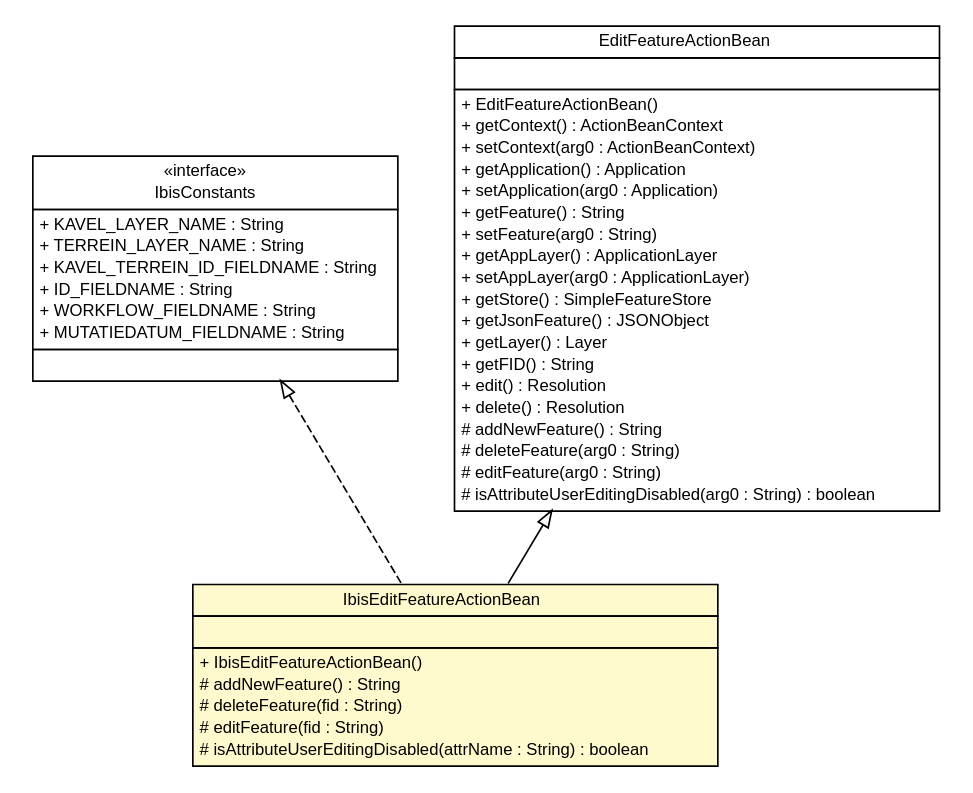
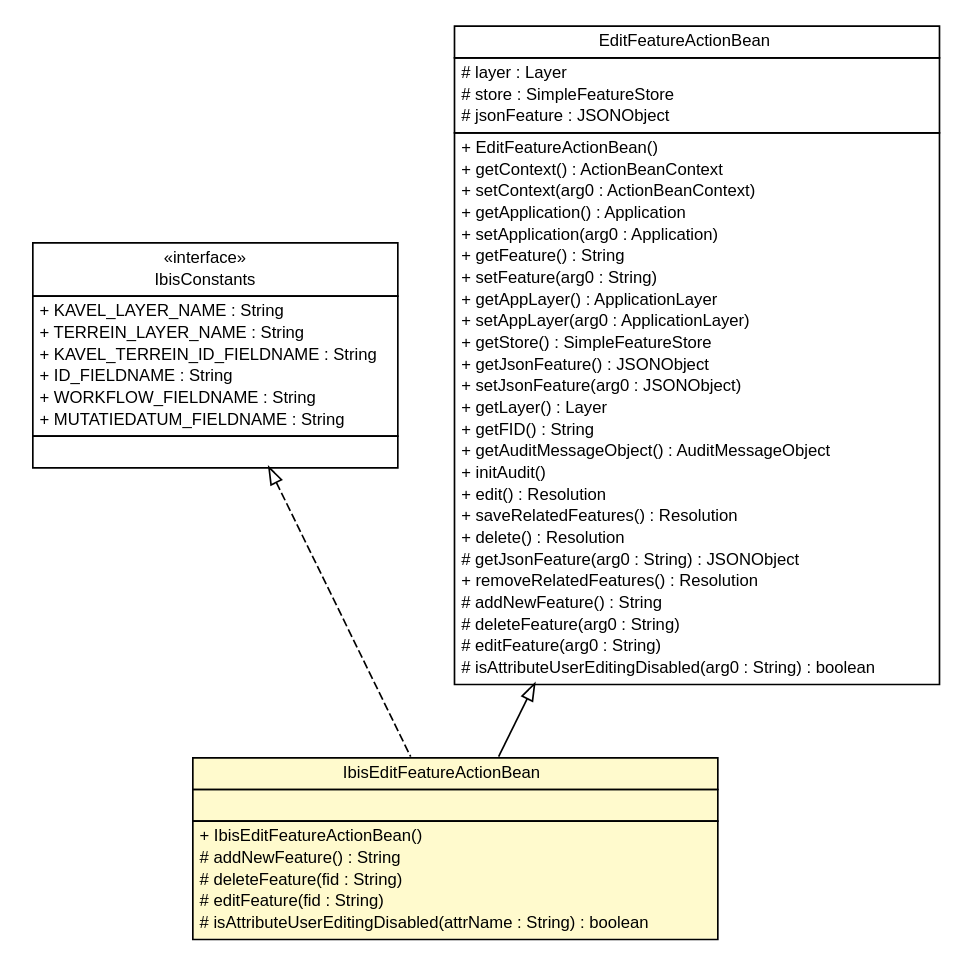
The diagram in ibis-viewer/apidocs/nl/b3p/viewer/stripes/IbisEditFeatureActionBean.dot (B3Partners/flamingo-ibis), drawn with Graphviz before and after one commit. The commit also changed 408 other files, not shown here.

```diff
--- a/ibis-viewer/apidocs/nl/b3p/viewer/stripes/IbisEditFeatureActionBean.dot
+++ b/ibis-viewer/apidocs/nl/b3p/viewer/stripes/IbisEditFeatureActionBean.dot
@@ -1,80 +1,88 @@
 #!/usr/local/bin/dot
 #
 # Class diagram 
 # Generated by UMLGraph version R5_6-24-gf6e263 (http://www.umlgraph.org/)
 #
 
 digraph G {
 	edge [fontname="Helvetica",fontsize=10,labelfontname="Helvetica",labelfontsize=10];
 	node [fontname="Helvetica",fontsize=10,shape=plaintext];
 	nodesep=0.25;
 	ranksep=0.5;
 	// nl.b3p.viewer.stripes.IbisEditFeatureActionBean
-	c192 [label=<<table title="nl.b3p.viewer.stripes.IbisEditFeatureActionBean" border="0" cellborder="1" cellspacing="0" cellpadding="2" port="p" bgcolor="lemonChiffon" href="./IbisEditFeatureActionBean.html">
+	c196 [label=<<table title="nl.b3p.viewer.stripes.IbisEditFeatureActionBean" border="0" cellborder="1" cellspacing="0" cellpadding="2" port="p" bgcolor="lemonChiffon" href="./IbisEditFeatureActionBean.html">
 		<tr><td><table border="0" cellspacing="0" cellpadding="1">
 <tr><td align="center" balign="center"> IbisEditFeatureActionBean </td></tr>
 		</table></td></tr>
 		<tr><td><table border="0" cellspacing="0" cellpadding="1">
 <tr><td align="left" balign="left">  </td></tr>
 		</table></td></tr>
 		<tr><td><table border="0" cellspacing="0" cellpadding="1">
 <tr><td align="left" balign="left"> + IbisEditFeatureActionBean() </td></tr>
 <tr><td align="left" balign="left"> # addNewFeature() : String </td></tr>
 <tr><td align="left" balign="left"> # deleteFeature(fid : String) </td></tr>
 <tr><td align="left" balign="left"> # editFeature(fid : String) </td></tr>
 <tr><td align="left" balign="left"> # isAttributeUserEditingDisabled(attrName : String) : boolean </td></tr>
 		</table></td></tr>
 		</table>>, URL="./IbisEditFeatureActionBean.html", fontname="Helvetica", fontcolor="black", fontsize=10.0];
 	// nl.b3p.viewer.ibis.util.IbisConstants
-	c199 [label=<<table title="nl.b3p.viewer.ibis.util.IbisConstants" border="0" cellborder="1" cellspacing="0" cellpadding="2" port="p" href="../ibis/util/IbisConstants.html">
+	c203 [label=<<table title="nl.b3p.viewer.ibis.util.IbisConstants" border="0" cellborder="1" cellspacing="0" cellpadding="2" port="p" href="../ibis/util/IbisConstants.html">
 		<tr><td><table border="0" cellspacing="0" cellpadding="1">
 <tr><td align="center" balign="center"> &#171;interface&#187; </td></tr>
 <tr><td align="center" balign="center"> IbisConstants </td></tr>
 		</table></td></tr>
 		<tr><td><table border="0" cellspacing="0" cellpadding="1">
 <tr><td align="left" balign="left"> + KAVEL_LAYER_NAME : String </td></tr>
 <tr><td align="left" balign="left"> + TERREIN_LAYER_NAME : String </td></tr>
 <tr><td align="left" balign="left"> + KAVEL_TERREIN_ID_FIELDNAME : String </td></tr>
 <tr><td align="left" balign="left"> + ID_FIELDNAME : String </td></tr>
 <tr><td align="left" balign="left"> + WORKFLOW_FIELDNAME : String </td></tr>
 <tr><td align="left" balign="left"> + MUTATIEDATUM_FIELDNAME : String </td></tr>
 		</table></td></tr>
 		<tr><td><table border="0" cellspacing="0" cellpadding="1">
 <tr><td align="left" balign="left">  </td></tr>
 		</table></td></tr>
 		</table>>, URL="../ibis/util/IbisConstants.html", fontname="Helvetica", fontcolor="black", fontsize=10.0];
 	//nl.b3p.viewer.stripes.IbisEditFeatureActionBean extends nl.b3p.viewer.stripes.EditFeatureActionBean
-	c201:p -> c192:p [dir=back,arrowtail=empty];
+	c205:p -> c196:p [dir=back,arrowtail=empty];
 	//nl.b3p.viewer.stripes.IbisEditFeatureActionBean implements nl.b3p.viewer.ibis.util.IbisConstants
-	c199:p -> c192:p [dir=back,arrowtail=empty,style=dashed];
+	c203:p -> c196:p [dir=back,arrowtail=empty,style=dashed];
 	// nl.b3p.viewer.stripes.EditFeatureActionBean
-	c201 [label=<<table title="nl.b3p.viewer.stripes.EditFeatureActionBean" border="0" cellborder="1" cellspacing="0" cellpadding="2" port="p">
+	c205 [label=<<table title="nl.b3p.viewer.stripes.EditFeatureActionBean" border="0" cellborder="1" cellspacing="0" cellpadding="2" port="p">
 		<tr><td><table border="0" cellspacing="0" cellpadding="1">
 <tr><td align="center" balign="center"> EditFeatureActionBean </td></tr>
 		</table></td></tr>
 		<tr><td><table border="0" cellspacing="0" cellpadding="1">
-<tr><td align="left" balign="left">  </td></tr>
+<tr><td align="left" balign="left"> # layer : Layer </td></tr>
+<tr><td align="left" balign="left"> # store : SimpleFeatureStore </td></tr>
+<tr><td align="left" balign="left"> # jsonFeature : JSONObject </td></tr>
 		</table></td></tr>
 		<tr><td><table border="0" cellspacing="0" cellpadding="1">
 <tr><td align="left" balign="left"> + EditFeatureActionBean() </td></tr>
 <tr><td align="left" balign="left"> + getContext() : ActionBeanContext </td></tr>
 <tr><td align="left" balign="left"> + setContext(arg0 : ActionBeanContext) </td></tr>
 <tr><td align="left" balign="left"> + getApplication() : Application </td></tr>
 <tr><td align="left" balign="left"> + setApplication(arg0 : Application) </td></tr>
 <tr><td align="left" balign="left"> + getFeature() : String </td></tr>
 <tr><td align="left" balign="left"> + setFeature(arg0 : String) </td></tr>
 <tr><td align="left" balign="left"> + getAppLayer() : ApplicationLayer </td></tr>
 <tr><td align="left" balign="left"> + setAppLayer(arg0 : ApplicationLayer) </td></tr>
 <tr><td align="left" balign="left"> + getStore() : SimpleFeatureStore </td></tr>
 <tr><td align="left" balign="left"> + getJsonFeature() : JSONObject </td></tr>
+<tr><td align="left" balign="left"> + setJsonFeature(arg0 : JSONObject) </td></tr>
 <tr><td align="left" balign="left"> + getLayer() : Layer </td></tr>
 <tr><td align="left" balign="left"> + getFID() : String </td></tr>
+<tr><td align="left" balign="left"> + getAuditMessageObject() : AuditMessageObject </td></tr>
+<tr><td align="left" balign="left"> + initAudit() </td></tr>
 <tr><td align="left" balign="left"> + edit() : Resolution </td></tr>
+<tr><td align="left" balign="left"> + saveRelatedFeatures() : Resolution </td></tr>
 <tr><td align="left" balign="left"> + delete() : Resolution </td></tr>
+<tr><td align="left" balign="left"> # getJsonFeature(arg0 : String) : JSONObject </td></tr>
+<tr><td align="left" balign="left"> + removeRelatedFeatures() : Resolution </td></tr>
 <tr><td align="left" balign="left"> # addNewFeature() : String </td></tr>
 <tr><td align="left" balign="left"> # deleteFeature(arg0 : String) </td></tr>
 <tr><td align="left" balign="left"> # editFeature(arg0 : String) </td></tr>
 <tr><td align="left" balign="left"> # isAttributeUserEditingDisabled(arg0 : String) : boolean </td></tr>
 		</table></td></tr>
 		</table>>, URL="null", fontname="Helvetica", fontcolor="black", fontsize=10.0];
 }
```
